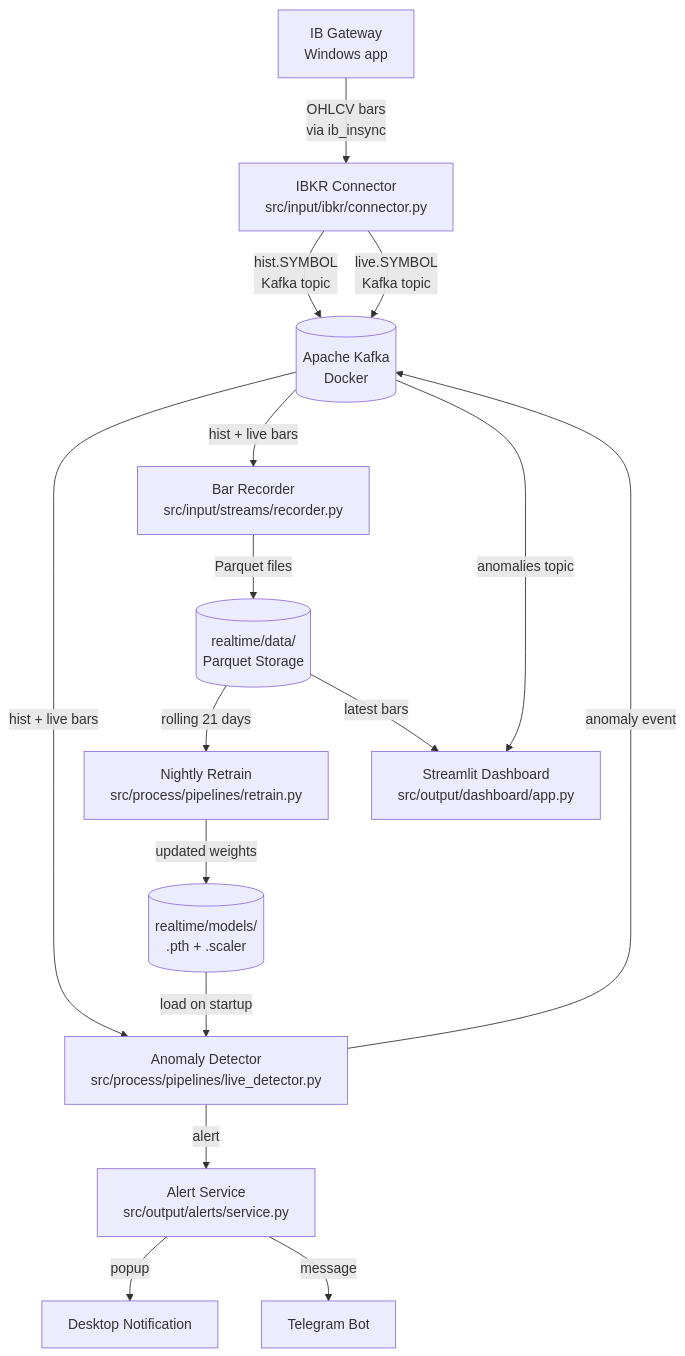
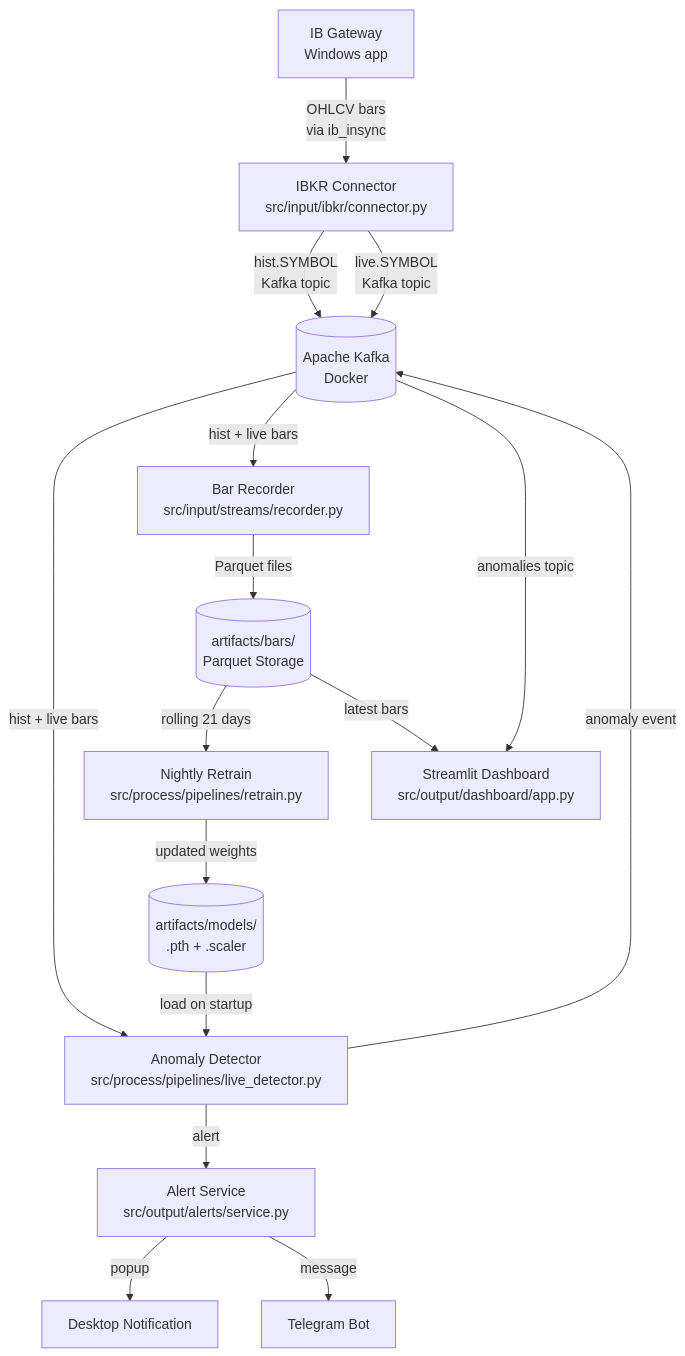
One commit to ran-shallom/market-anomaly-detector changed the first of 5 diagrams in docs/design.md. Above: the diagram before and after it, drawn with Mermaid. The commit also changed other lines of this file and 11 other files, not shown here.

First line of the commit message:
Move runtime artifacts to artifacts/ and standardize data paths

````diff
--- a/docs/design.md
+++ b/docs/design.md
@@ -42,24 +42,24 @@
 ```mermaid
 graph TD
     IB[IB Gateway\nWindows app] -->|OHLCV bars\nvia ib_insync| CONN[IBKR Connector\nsrc/input/ibkr/connector.py]
 
     CONN -->|hist.SYMBOL\nKafka topic| KAFKA[(Apache Kafka\nDocker)]
     CONN -->|live.SYMBOL\nKafka topic| KAFKA
 
     KAFKA -->|hist + live bars| DET[Anomaly Detector\nsrc/process/pipelines/live_detector.py]
     KAFKA -->|hist + live bars| REC[Bar Recorder\nsrc/input/streams/recorder.py]
     KAFKA -->|anomalies topic| DASH[Streamlit Dashboard\nsrc/output/dashboard/app.py]
 
     DET -->|anomaly event| KAFKA
     DET -->|alert| ALERT[Alert Service\nsrc/output/alerts/service.py]
 
     ALERT -->|popup| DESKTOP[Desktop Notification]
     ALERT -->|message| TELEGRAM[Telegram Bot]
 
-    REC -->|Parquet files| DISK[(realtime/data/\nParquet Storage)]
+    REC -->|Parquet files| DISK[(artifacts/bars/\nParquet Storage)]
     DISK -->|rolling 21 days| RETRAIN[Nightly Retrain\nsrc/process/pipelines/retrain.py]
-    RETRAIN -->|updated weights| MODELS[(realtime/models/\n.pth + .scaler)]
+    RETRAIN -->|updated weights| MODELS[(artifacts/models/\n.pth + .scaler)]
     MODELS -->|load on startup| DET
 
     DISK -->|latest bars| DASH
 ```
````
